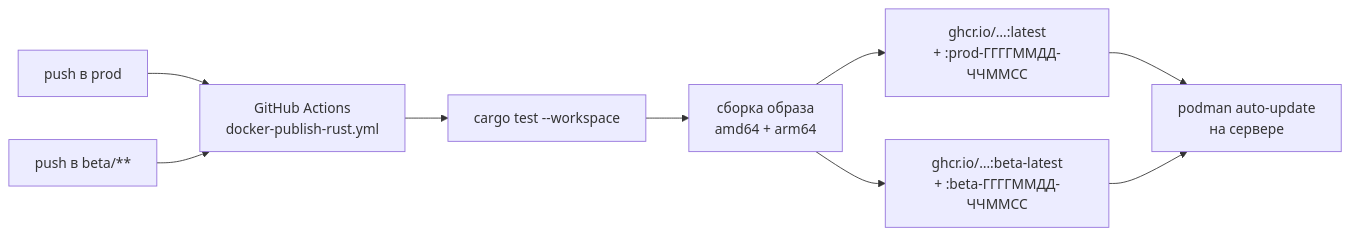
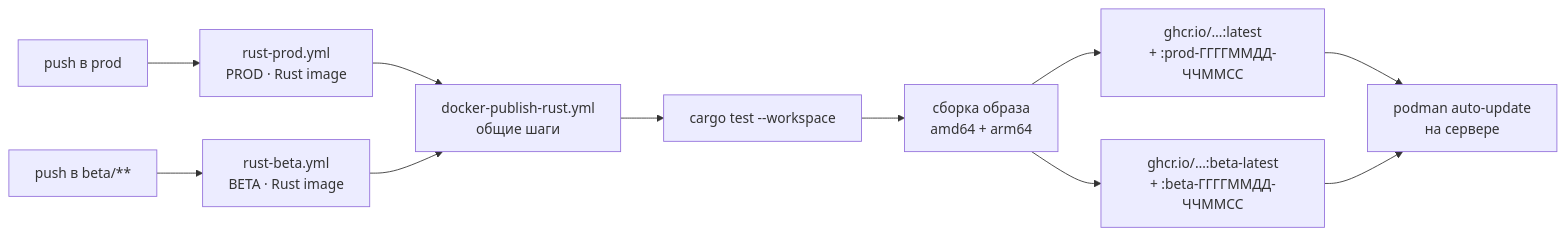
The sixth of 6 diagrams in rust/GUIDE.md (dimmik/tourcalc), drawn with Mermaid before and after one commit. The commit also changed other lines of this file and 5 other files, not shown here.

First line of the commit message:
CI: PROD and BETA wrappers around the shared Rust image workflow

````diff
--- a/rust/GUIDE.md
+++ b/rust/GUIDE.md
@@ -543,11 +543,13 @@
 ```mermaid
 graph LR
-    prod["push в prod"] --> ci["GitHub Actions<br/>docker-publish-rust.yml"]
-    beta["push в beta/**"] --> ci
+    prod["push в prod"] --> wprod["rust-prod.yml<br/>PROD · Rust image"]
+    beta["push в beta/**"] --> wbeta["rust-beta.yml<br/>BETA · Rust image"]
+    wprod --> ci["docker-publish-rust.yml<br/>общие шаги"]
+    wbeta --> ci
     ci --> tests["cargo test --workspace"]
     tests --> build["сборка образа<br/>amd64 + arm64"]
     build --> tprod["ghcr.io/…:latest<br/>+ :prod-ГГГГММДД-ЧЧММСС"]
     build --> tbeta["ghcr.io/…:beta-latest<br/>+ :beta-ГГГГММДД-ЧЧММСС"]
     tprod --> pod["podman auto-update<br/>на сервере"]
     tbeta --> pod
 ```
````
